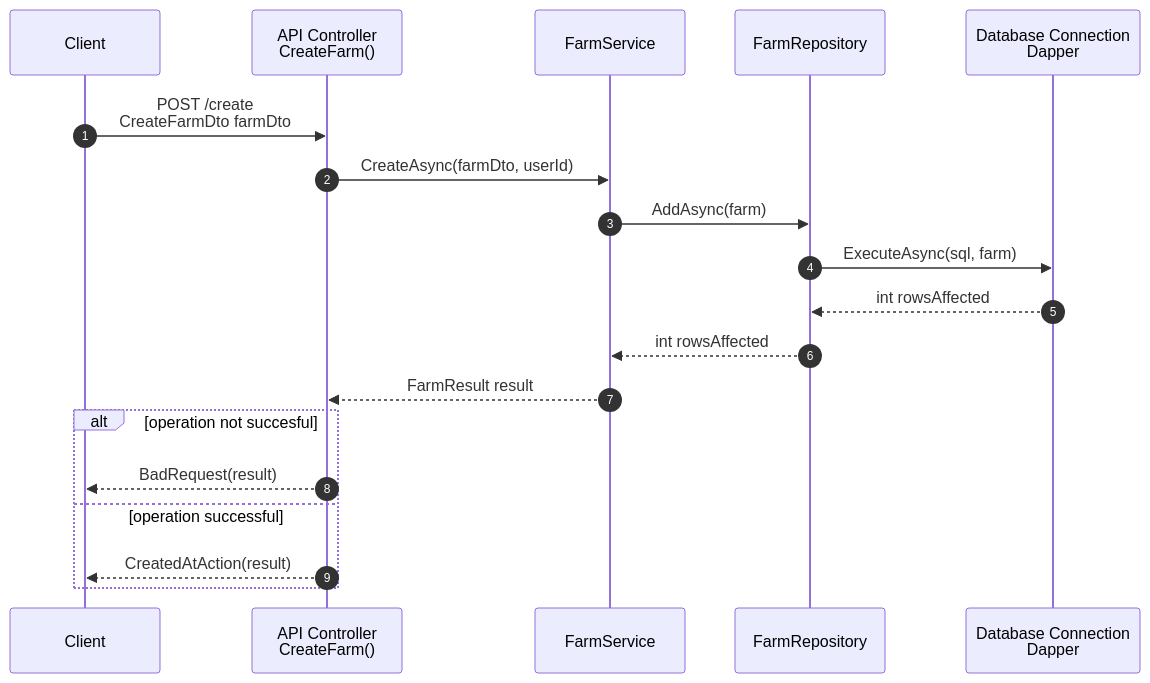
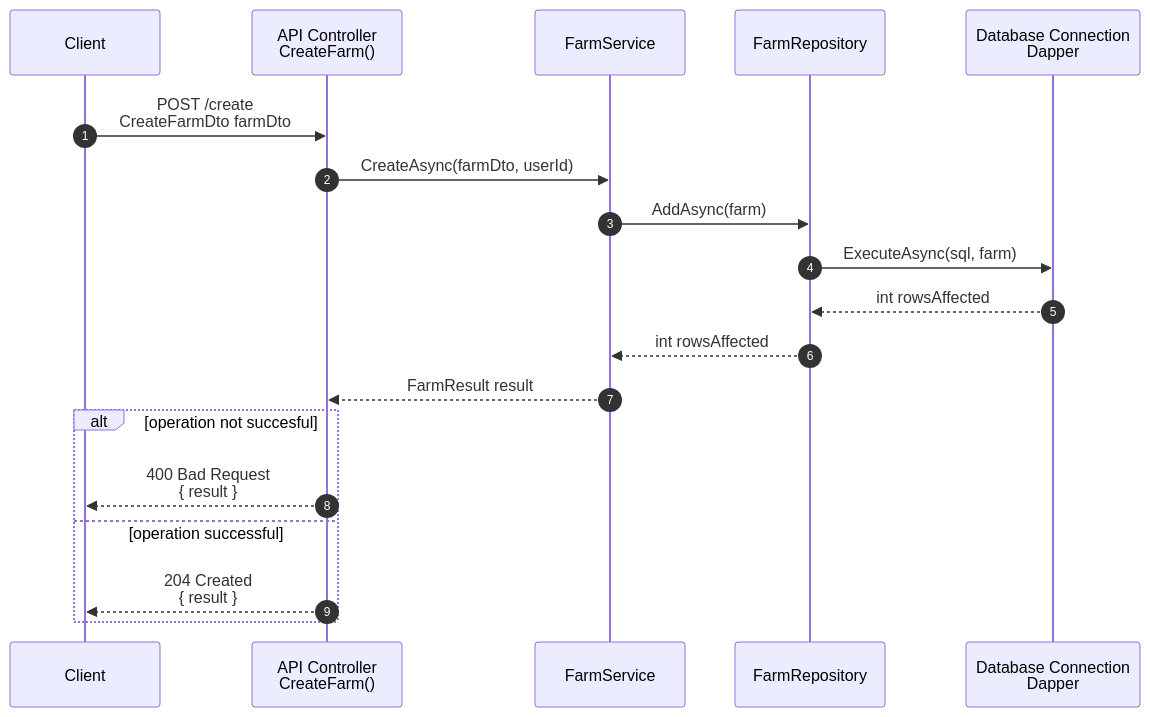
One commit to paavkar/AgricultureApp changed the third of 9 diagrams in README.md. Above: the diagram before and after it, drawn with Mermaid. The commit also changed other lines of this file, not shown here.

Commit message:
update README with more detailed diagram API->Client returns

````diff
--- a/README.md
+++ b/README.md
@@ -146,23 +146,23 @@
 ```mermaid
 sequenceDiagram
     autonumber
 
     participant U as Client
     participant API as API Controller<br/>CreateFarm()
     participant FS as FarmService
     participant FR as FarmRepository
     participant Dapper as Database Connection<br/>Dapper
 
     U->>API: POST /create<br/>CreateFarmDto farmDto
     API->>FS: CreateAsync(farmDto, userId)
     FS->>FR: AddAsync(farm)
     FR->>Dapper: ExecuteAsync(sql, farm)
     Dapper-->>FR: int rowsAffected
     FR-->>FS: int rowsAffected
     FS-->>API: FarmResult result
     alt operation not succesful
-      API-->>U: BadRequest(result)
+      API-->>U: 400 Bad Request<br/> { result }
     else operation successful
-      API-->>U: CreatedAtAction(result)
+      API-->>U: 204 Created<br/> { result }
     end
 ```
````
